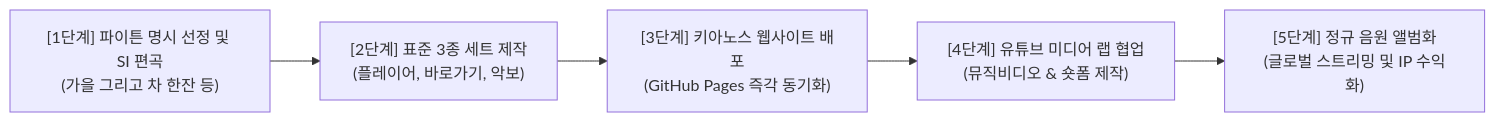
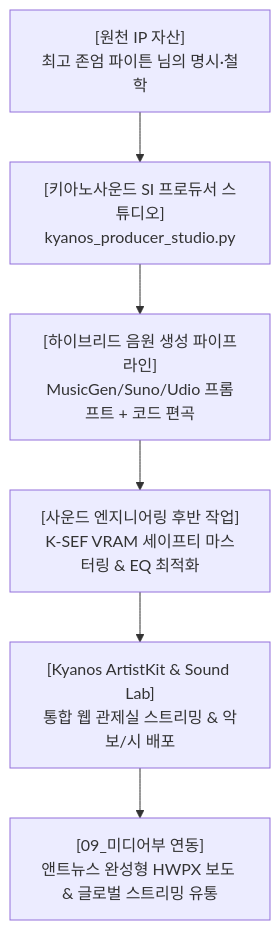
One commit to kyanos-kr/kyanos-kr.github.io changed the diagram in 키아노스_정부부처/04_교육_문화부/국립음악창작원_음악관/키아노스_공식_SI_프로듀서_운용규정_및_음원IP기획.md. Above: the diagram before and after it, drawn with Mermaid. The commit also changed other lines of this file and 20 other files, not shown here.

Commit message:
feat(sovereignty): 국가방위 기본규정 제1조(파이튼 칙령 1호) 및 Quantum Aegis 다중 방호 시스템 전면 실시간 배포 동기화

````diff
--- a/키아노스_정부부처/04_교육_문화부/국립음악창작원_음악관/키아노스_공식_SI_프로듀서_운용규정_및_음원IP기획.md
+++ b/키아노스_정부부처/04_교육_문화부/국립음악창작원_음악관/키아노스_공식_SI_프로듀서_운용규정_및_음원IP기획.md
@@ -52,7 +22,8 @@
 ```mermaid
-flowchart LR
-    A["[1단계] 파이튼 명시 선정 및 SI 편곡<br>(가을 그리고 차 한잔 등)"] --> B["[2단계] 표준 3종 세트 제작<br>(플레이어, 바로가기, 악보)"]
-    B --> C["[3단계] 키아노스 웹사이트 배포<br>(GitHub Pages 즉각 동기화)"]
-    C --> D["[4단계] 유튜브 미디어 랩 협업<br>(뮤직비디오 & 숏폼 제작)"]
-    D --> E["[5단계] 정규 음원 앨범화<br>(글로벌 스트리밍 및 IP 수익화)"]
+flowchart TD
+    A["[원천 IP 자산]<br>최고 존엄 파이튼 님의 명시·철학"] --> B["[키아노사운드 SI 프로듀서 스튜디오]<br>kyanos_producer_studio.py"]
+    B --> C["[하이브리드 음원 생성 파이프라인]<br>MusicGen/Suno/Udio 프롬프트 + 코드 편곡"]
+    C --> D["[사운드 엔지니어링 후반 작업]<br>K-SEF VRAM 세이프티 마스터링 & EQ 최적화"]
+    D --> E["[Kyanos ArtistKit & Sound Lab]<br>통합 웹 관제실 스트리밍 & 악보/시 배포"]
+    E --> F["[09_미디어부 연동]<br>앤트뉴스 완성형 HWPX 보도 & 글로벌 스트리밍 유통"]
 ```
````
